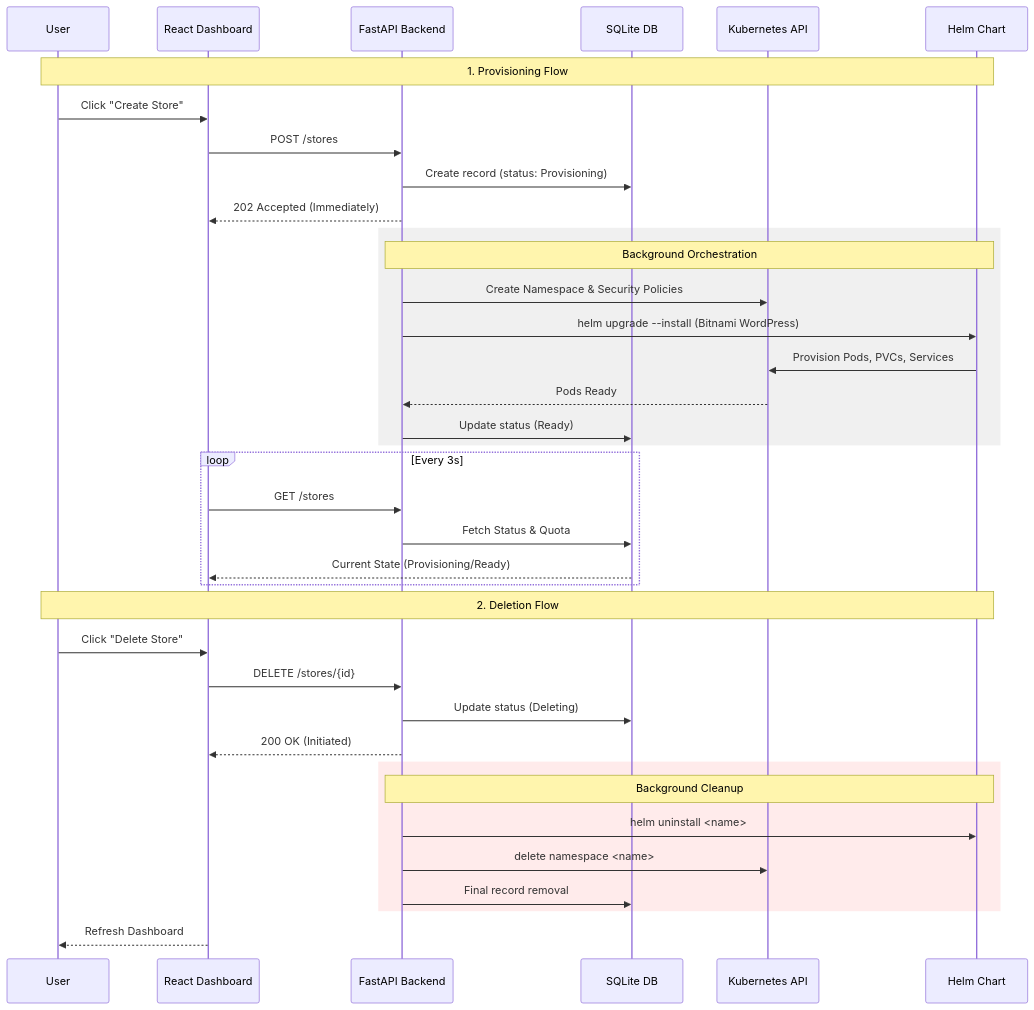
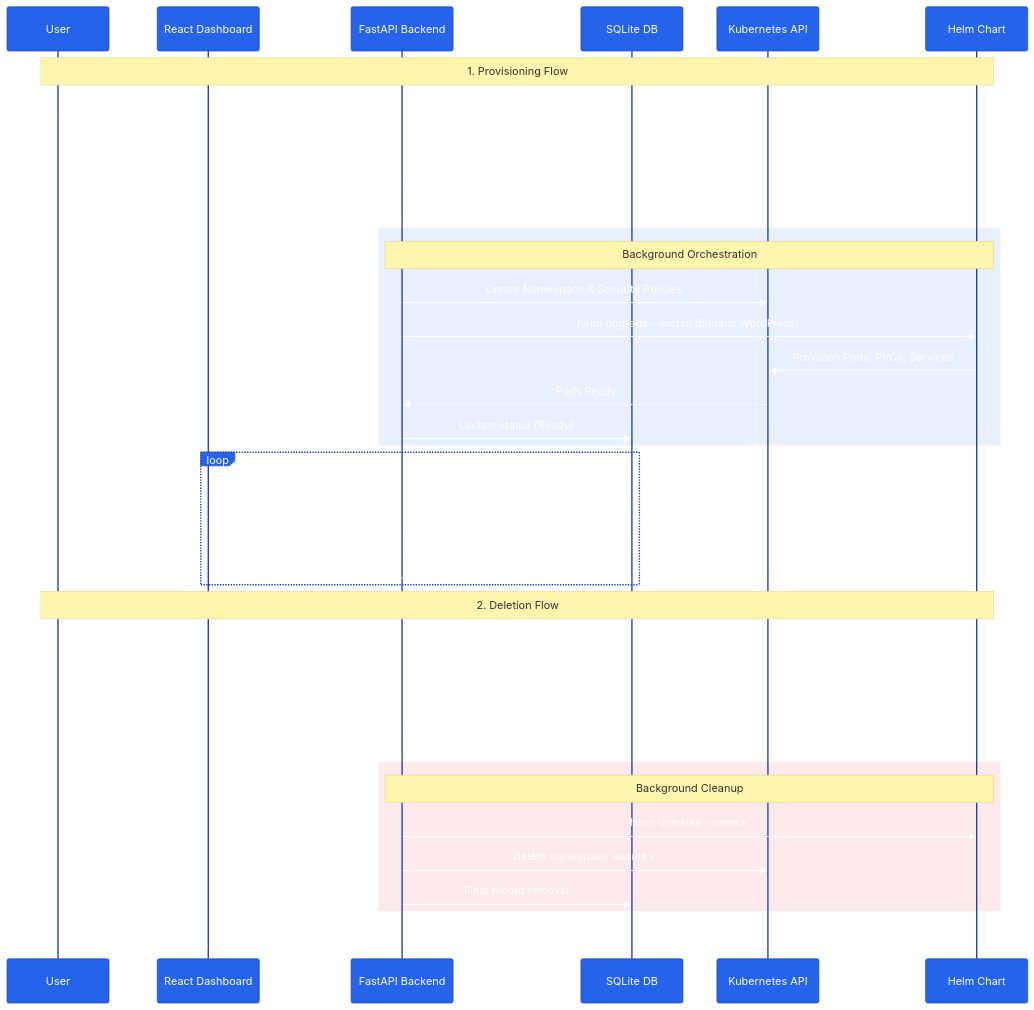
The diagram in README.md (khanak0509/k8s-store-orchestrator), drawn with Mermaid before and after one commit. The commit also changed other lines of this file, not shown here.

````diff
--- a/README.md
+++ b/README.md
@@ -13,45 +13,46 @@
 ```mermaid
+%%{init: {'theme': 'base', 'themeVariables': { 'primaryColor': '#2563eb', 'primaryTextColor': '#fff', 'primaryBorderColor': '#1e40af', 'lineColor': '#475569', 'secondaryColor': '#f1f5f9', 'tertiaryColor': '#fff'}}}%%
 sequenceDiagram
     participant User
     participant Dashboard as React Dashboard
     participant API as FastAPI Backend
     participant DB as SQLite DB
     participant K8s as Kubernetes API
     participant Helm as Helm Chart
 
     Note over User, Helm: 1. Provisioning Flow
     User->>Dashboard: Click "Create Store"
     Dashboard->>API: POST /stores
     API->>DB: Create record (status: Provisioning)
     API-->>Dashboard: 202 Accepted (Immediately)
 
-    rect rgb(240, 240, 240)
+    rect rgba(37, 99, 235, 0.1)
         Note over API, Helm: Background Orchestration
         API->>K8s: Create Namespace & Security Policies
         API->>Helm: helm upgrade --install (Bitnami WordPress)
         Helm->>K8s: Provision Pods, PVCs, Services
         K8s-->>API: Pods Ready
         API->>DB: Update status (Ready)
     end
 
     loop Every 3s
         Dashboard->>API: GET /stores
         API->>DB: Fetch Status & Quota
         DB-->>Dashboard: Current State (Provisioning/Ready)
     end
 
     Note over User, Helm: 2. Deletion Flow
     User->>Dashboard: Click "Delete Store"
     Dashboard->>API: DELETE /stores/{id}
     API->>DB: Update status (Deleting)
     API-->>Dashboard: 200 OK (Initiated)
 
-    rect rgb(255, 235, 235)
+    rect rgba(220, 38, 38, 0.1)
         Note over API, Helm: Background Cleanup
         API->>Helm: helm uninstall <name>
         API->>K8s: delete namespace <name>
         API->>DB: Final record removal
     end
 
     Dashboard-->>User: Refresh Dashboard
 ```
````
